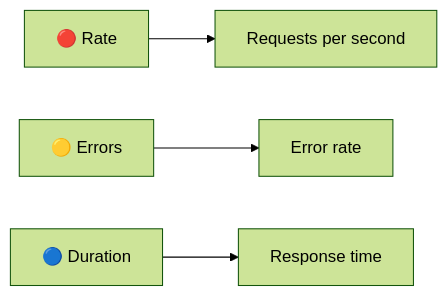
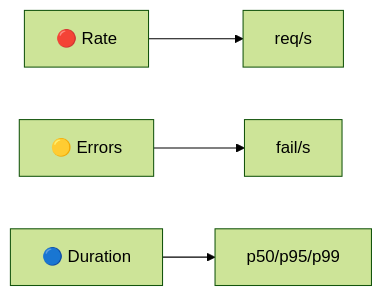
The fifth of 7 diagrams in lectures/lec8.md (inno-devops-labs/DevOps-Core-Course), drawn with Mermaid (forest theme) before and after one commit. The commit also changed other lines of this file and 24 other files, not shown here.

````diff
--- a/lectures/lec8.md
+++ b/lectures/lec8.md
@@ -335,6 +463,6 @@
 ```mermaid
 flowchart LR
-  R[🔴 Rate] --> Requests[Requests per second]
-  E[🟡 Errors] --> Failures[Error rate]
-  D[🔵 Duration] --> Latency[Response time]
+  R[🔴 Rate] --> R2[req/s]
+  E[🟡 Errors] --> E2[fail/s]
+  D[🔵 Duration] --> D2[p50/p95/p99]
 ```
````
